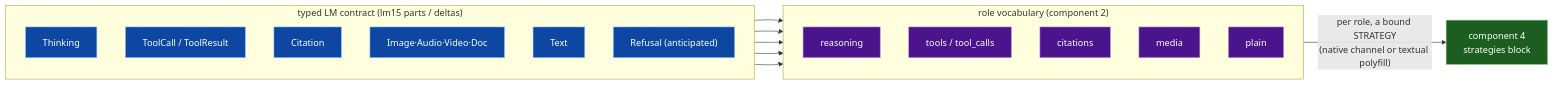
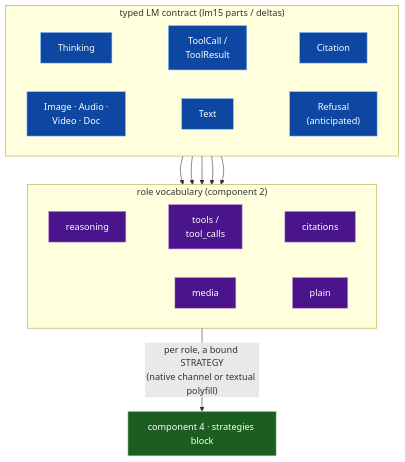
One commit to MaximeRivest/dspy changed the sixth of 11 diagrams in roadmap/IR-program-spec.md. Above: the diagram before and after it, drawn with Mermaid.

Commit message:
docs(programir): square the parts-to-roles projection diagram

````diff
--- a/roadmap/IR-program-spec.md
+++ b/roadmap/IR-program-spec.md
@@ -581,17 +581,23 @@
   ```mermaid
-  flowchart LR
+  flowchart TB
     subgraph CONTRACT["typed LM contract (lm15 parts / deltas)"]
-      direction TB
-      P1["Thinking"] ; P2["ToolCall / ToolResult"] ; P3["Citation"] ; P4["Image·Audio·Video·Doc"] ; P5["Text"] ; P6["Refusal (anticipated)"]
+      direction LR
+      P1["Thinking"] ; P2["ToolCall /<br/>ToolResult"] ; P3["Citation"]
+      P4["Image · Audio ·<br/>Video · Doc"] ; P5["Text"] ; P6["Refusal<br/>(anticipated)"]
+      P1 ~~~ P2 ~~~ P3
+      P4 ~~~ P5 ~~~ P6
     end
     subgraph ROLES["role vocabulary (component 2)"]
-      direction TB
-      R1["reasoning"] ; R2["tools / tool_calls"] ; R3["citations"] ; R4["media"] ; R5["plain"]
+      direction LR
+      R1["reasoning"] ; R2["tools /<br/>tool_calls"] ; R3["citations"]
+      R4["media"] ; R5["plain"]
+      R1 ~~~ R2 ~~~ R3
+      R4 ~~~ R5
     end
     P1 --> R1 ; P2 --> R2 ; P3 --> R3 ; P4 --> R4 ; P5 --> R5
-    ROLES -->|"per role, a bound STRATEGY<br/>(native channel or textual polyfill)"| STRAT["component 4<br/>strategies block"]
+    ROLES -->|"per role, a bound STRATEGY<br/>(native channel or textual polyfill)"| STRAT["component 4 · strategies block"]
     classDef c fill:#0d47a1,stroke:#90caf9,color:#fff;
     classDef r fill:#4a148c,stroke:#ce93d8,color:#fff;
     classDef s fill:#1b5e20,stroke:#a5d6a7,color:#fff;
     class P1,P2,P3,P4,P5,P6 c; class R1,R2,R3,R4,R5 r; class STRAT s;
   ```
````
